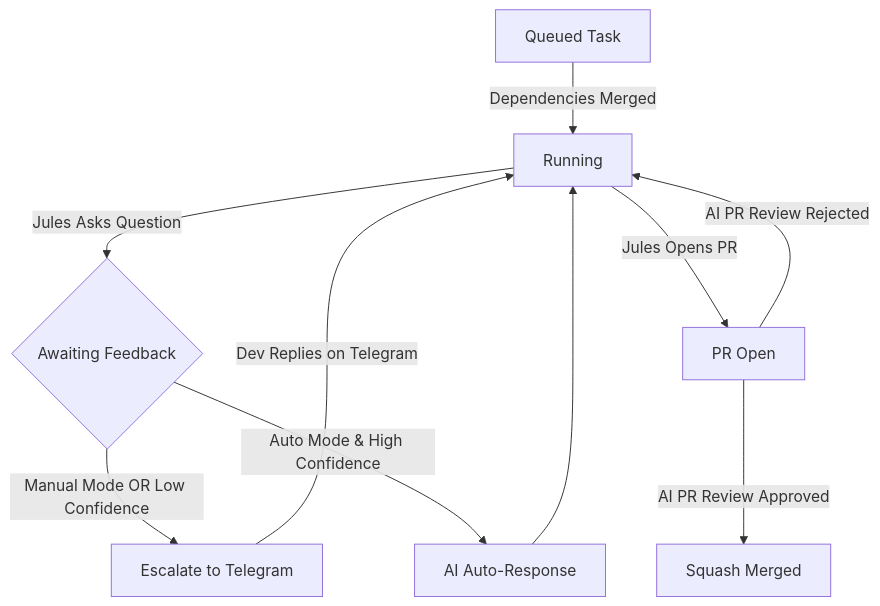
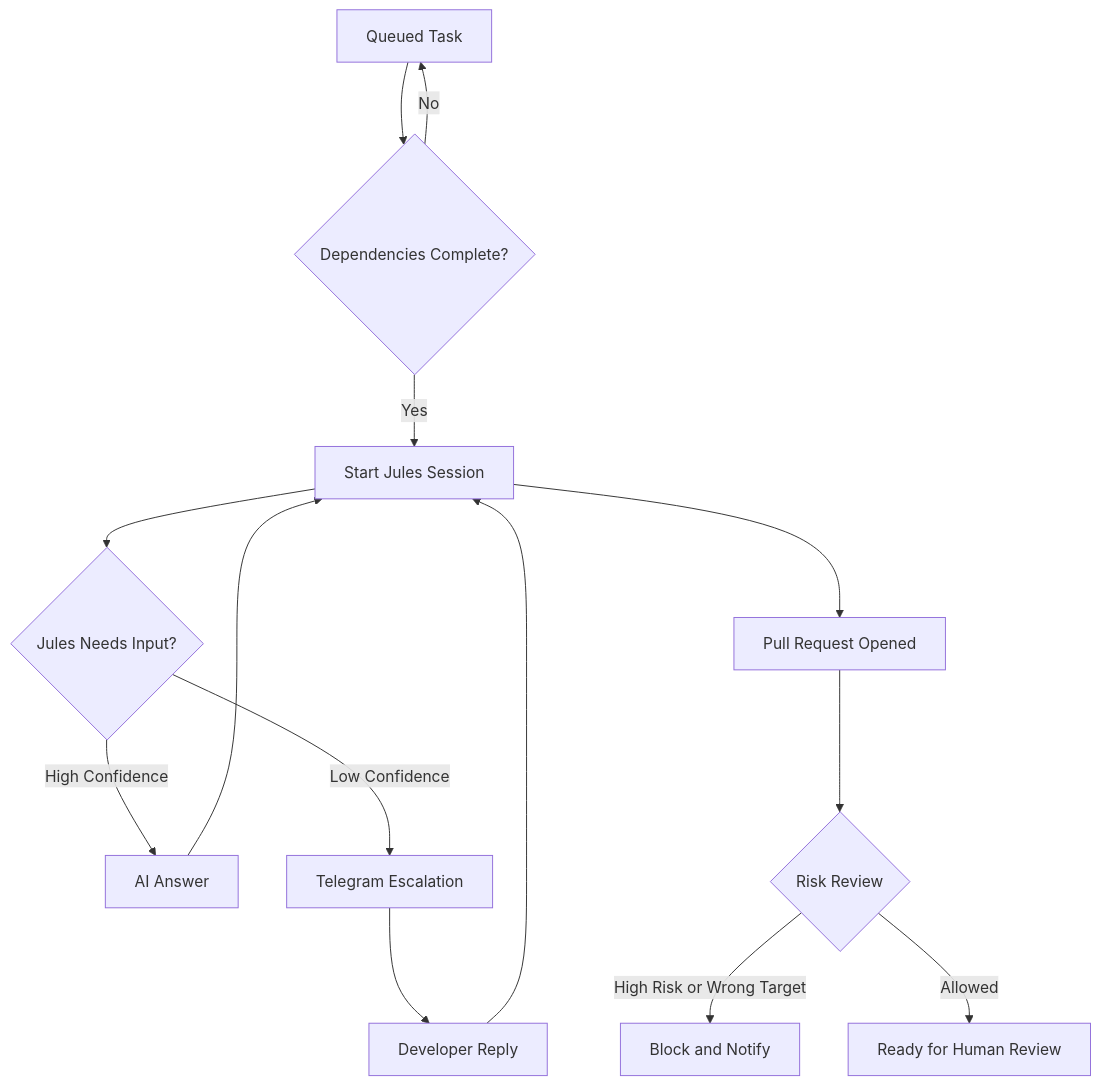
Before and after one commit to sandeepyeg/jules-supervisor: the diagram in README.md, drawn with Mermaid. The commit also changed other lines of this file and 11 other files, not shown here.

````diff
--- a/README.md
+++ b/README.md
@@ -97,12 +166,16 @@
 ```mermaid
 graph TD
-    A[Queued Task] -->|Dependencies Merged| B[Running]
-    B -->|Jules Asks Question| C{Awaiting Feedback}
-    C -->|Manual Mode OR Low Confidence| D[Escalate to Telegram]
-    C -->|Auto Mode & High Confidence| E[AI Auto-Response]
-    E --> B
-    D -->|Dev Replies on Telegram| B
-    B -->|Jules Opens PR| F[PR Open]
-    F -->|AI PR Review Approved| G[Squash Merged]
-    F -->|AI PR Review Rejected| B
+    A[Queued Task] --> B{Dependencies Complete?}
+    B -->|No| A
+    B -->|Yes| C[Start Jules Session]
+    C --> D{Jules Needs Input?}
+    D -->|High Confidence| E[AI Answer]
+    D -->|Low Confidence| F[Telegram Escalation]
+    E --> C
+    F --> G[Developer Reply]
+    G --> C
+    C --> H[Pull Request Opened]
+    H --> I{Risk Review}
+    I -->|High Risk or Wrong Target| J[Block and Notify]
+    I -->|Allowed| K[Ready for Human Review]
 ```
````
